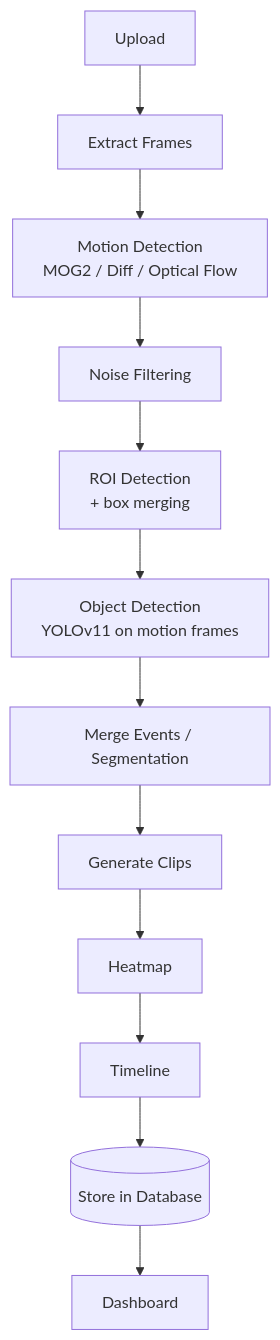
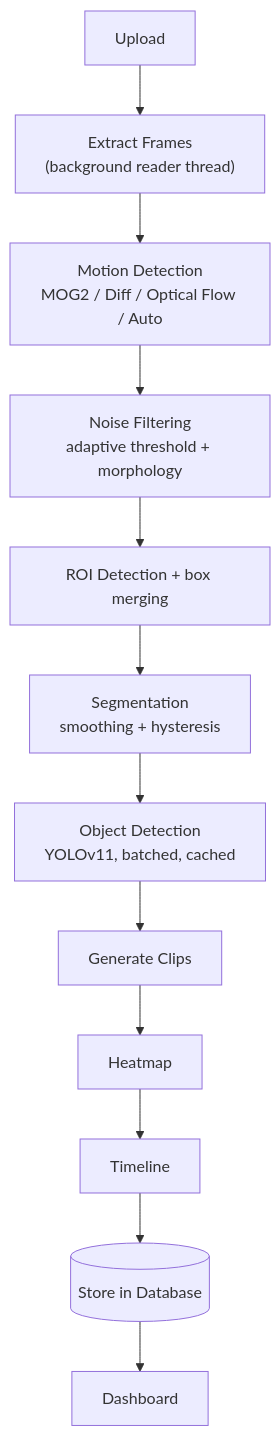
One commit to vihaanshah191/Offline-Video-Segmentation-and-ROI-Detection changed the second of 2 diagrams in README.md. Above: the diagram before and after it, drawn with Mermaid. The commit also changed other lines of this file and 15 other files, not shown here.

````diff
--- a/README.md
+++ b/README.md
@@ -60,14 +64,14 @@
 ```mermaid
 flowchart TD
-    A[Upload] --> B[Extract Frames]
-    B --> C[Motion Detection<br/>MOG2 / Diff / Optical Flow]
-    C --> D[Noise Filtering]
-    D --> E[ROI Detection<br/>+ box merging]
-    E --> F[Object Detection<br/>YOLOv11 on motion frames]
-    F --> G[Merge Events / Segmentation]
+    A[Upload] --> B["Extract Frames<br/>(background reader thread)"]
+    B --> C["Motion Detection<br/>MOG2 / Diff / Optical Flow / Auto"]
+    C --> D["Noise Filtering<br/>adaptive threshold + morphology"]
+    D --> E[ROI Detection + box merging]
+    E --> F["Segmentation<br/>smoothing + hysteresis"]
+    F --> G["Object Detection<br/>YOLOv11, batched, cached"]
     G --> H[Generate Clips]
     H --> I[Heatmap]
     I --> J[Timeline]
     J --> K[(Store in Database)]
     K --> L[Dashboard]
 ```
````
